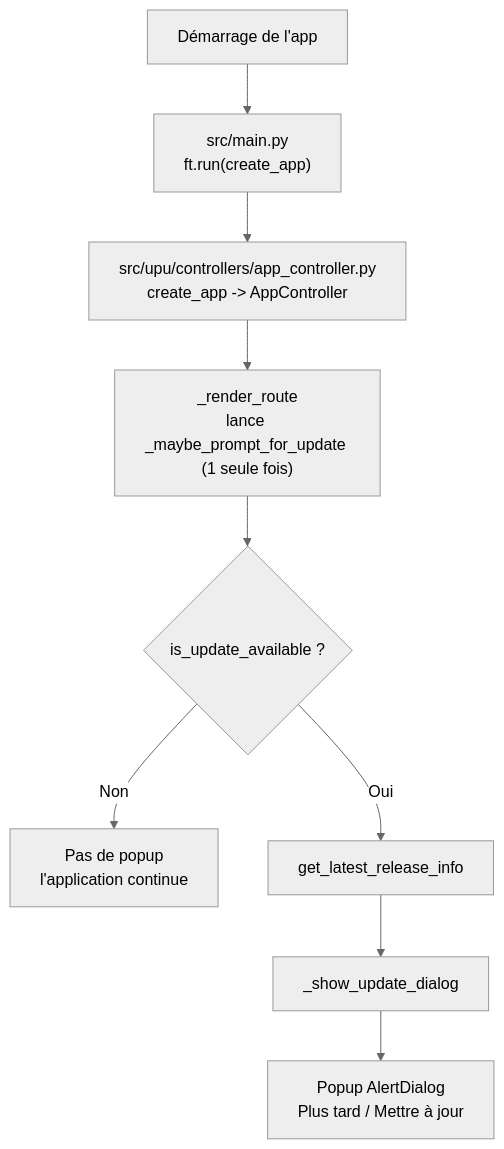
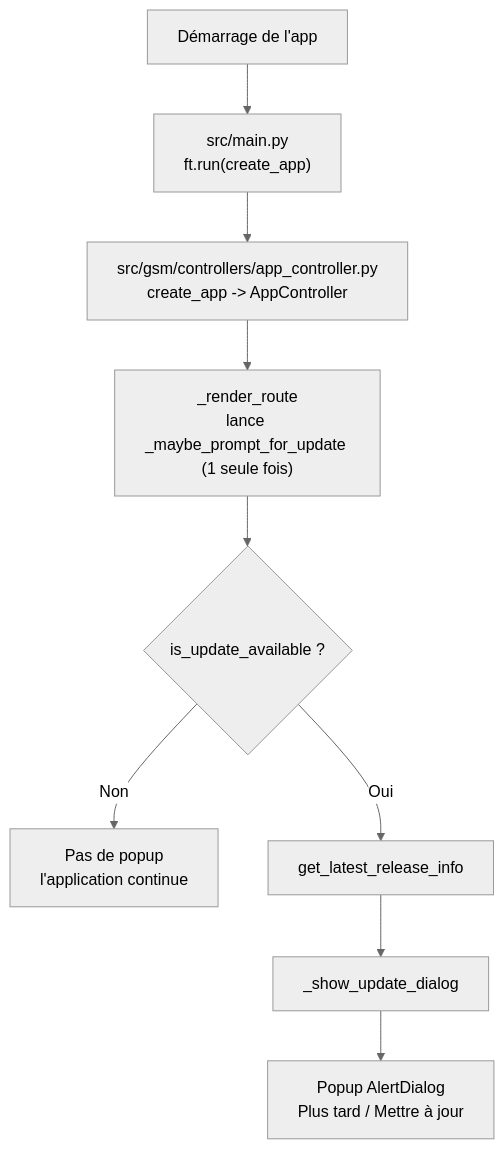
The first of 2 diagrams in ORGA2.md (GrCOTE7/gsm), drawn with Mermaid (neutral theme) before and after one commit. The commit also changed other lines of this file and 254 other files, not shown here.

````diff
--- a/ORGA2.md
+++ b/ORGA2.md
@@ -10,12 +10,12 @@
 ```mermaid
 flowchart TD
     A["Démarrage de l'app"] --> B["src/main.py<br/>ft.run(create_app)"]
-    B --> C["src/upu/controllers/app_controller.py<br/>create_app -> AppController"]
+    B --> C["src/gsm/controllers/app_controller.py<br/>create_app -> AppController"]
     C --> D["_render_route<br/>lance _maybe_prompt_for_update (1 seule fois)"]
 
     D --> E{"is_update_available ?"}
     E -- "Non" --> F["Pas de popup<br/>l'application continue"]
     E -- "Oui" --> G["get_latest_release_info"]
     G --> H["_show_update_dialog"]
     H --> I["Popup AlertDialog<br/>Plus tard / Mettre à jour"]
 ```
````
